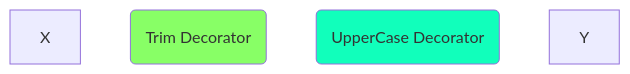
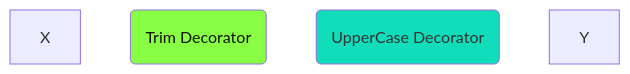
Before and after one commit to SreenathKarthick11/Text_Transformation_Pipeline: the first of 2 diagrams in README.md, drawn with Mermaid. The commit also changed other lines of this file, not shown here.

Commit message:
README : small fix to prettify.

````diff
--- a/README.md
+++ b/README.md
@@ -47,10 +47,10 @@
 ```mermaid
 flowchart LR
     X --> A("Trim Decorator") 
     A --> B("UpperCase Decorator")
     B --> Y
 
-    style A fill:#8f6
-    style B fill:#1fb
+    style A fill:#8f4,color:#111
+    style B fill:#1db,clor:#111
     linkStyle default stroke:#ffffff
 ```
````
